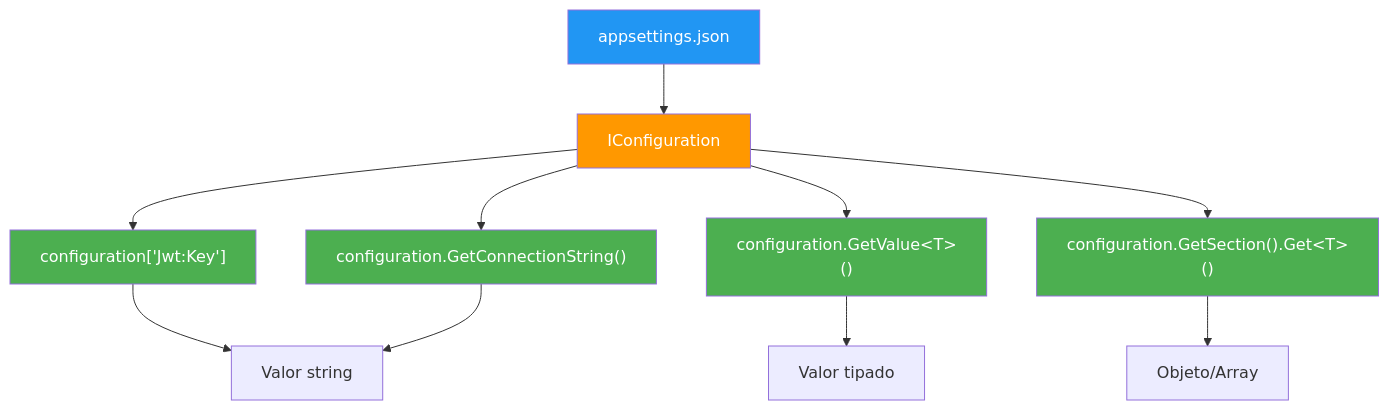
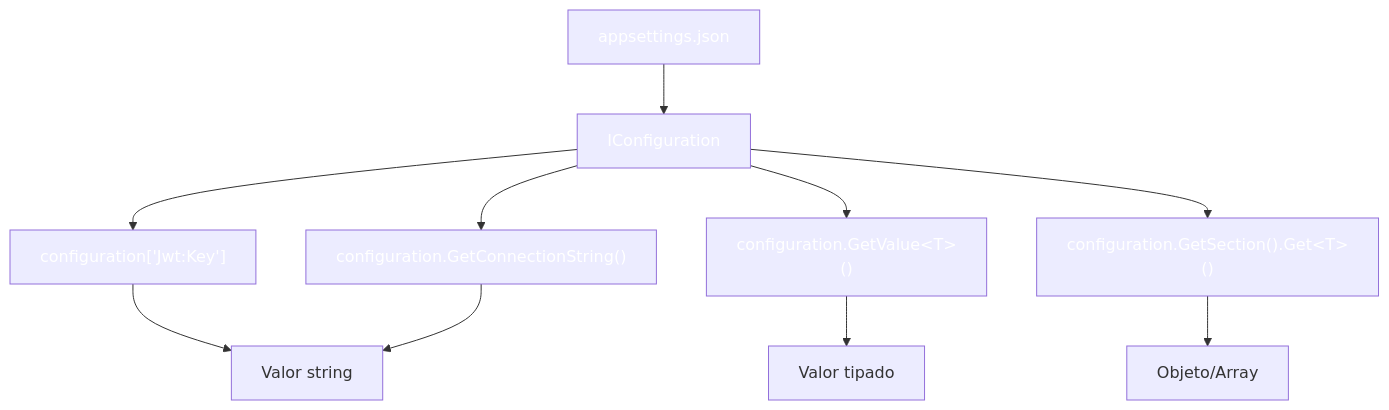
The first of 2 diagrams in 09-configuracion-logging.md (joseluisgs/DesarrolloWebEntornosServidor-02-2026-2027), drawn with Mermaid before and after one commit. The commit also changed other lines of this file and 41 other files, not shown here.

````diff
--- a/09-configuracion-logging.md
+++ b/09-configuracion-logging.md
@@ -220,19 +220,19 @@
 ```mermaid
 flowchart TD
     A["appsettings.json"] --> B["IConfiguration"]
     B --> C["configuration['Jwt:Key']"]
     B --> D["configuration.GetConnectionString()"]
     B --> E["configuration.GetValue&lt;T&gt;()"]
     B --> F["configuration.GetSection().Get&lt;T&gt;()"]
     C --> G["Valor string"]
     D --> G
     E --> H["Valor tipado"]
     F --> I["Objeto/Array"]
 
-    style A fill:#2196F3,color:#fff
-    style B fill:#FF9800,color:#fff
-    style C fill:#4CAF50,color:#fff
-    style D fill:#4CAF50,color:#fff
-    style E fill:#4CAF50,color:#fff
-    style F fill:#4CAF50,color:#fff
+    style A fill:#2196F,color:#fff3,color:#fff
+    style B fill:#FF980,color:#fff0,color:#fff
+    style C fill:#4CAF5,color:#fff0,color:#fff
+    style D fill:#4CAF5,color:#fff0,color:#fff
+    style E fill:#4CAF5,color:#fff0,color:#fff
+    style F fill:#4CAF5,color:#fff0,color:#fff
 ```
````
